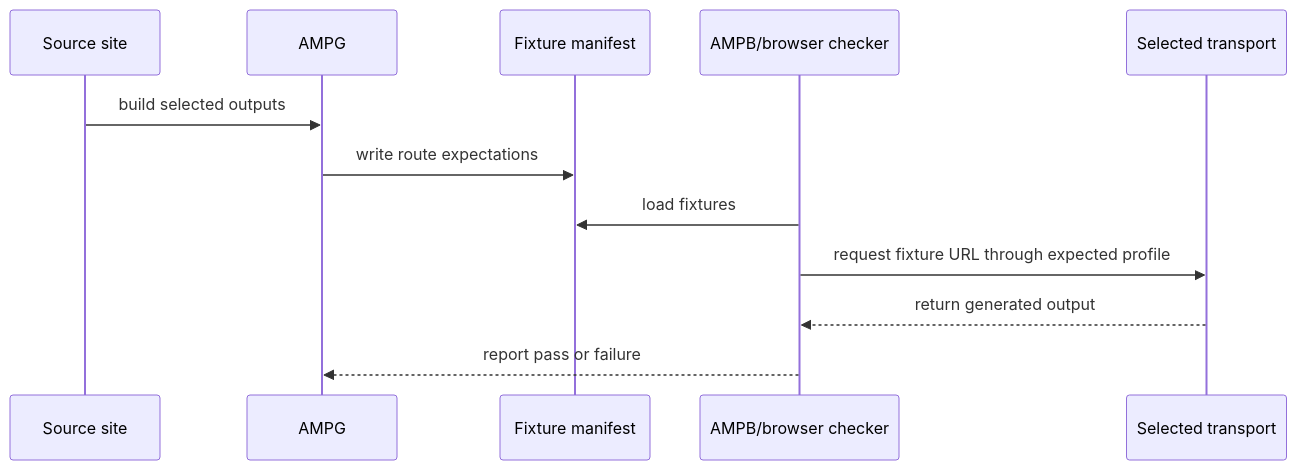
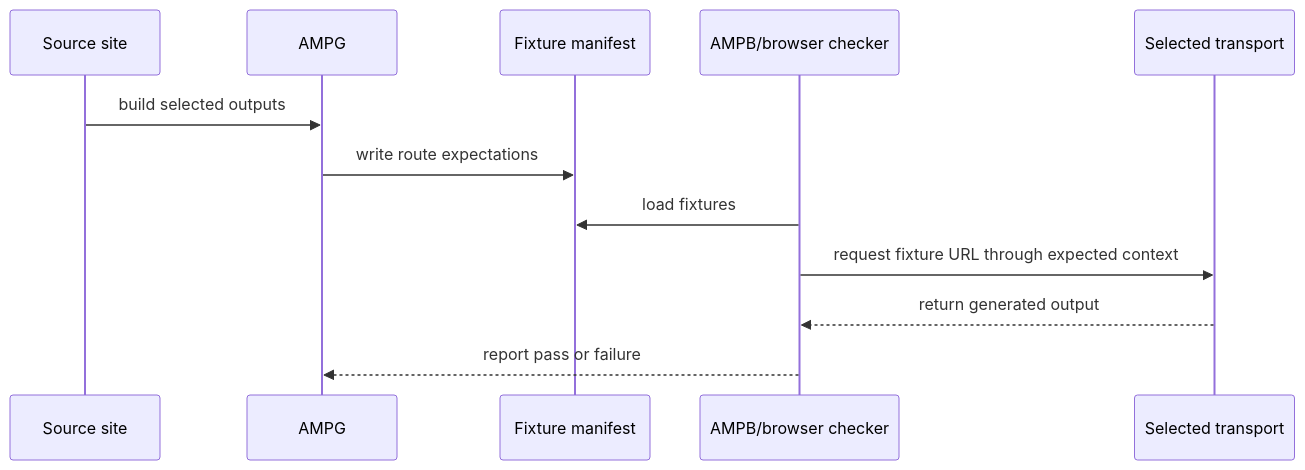
The eighth of 8 diagrams in docs/visual-guide.md (Such-Software/adaptive-multi-protocol-gateway), drawn with Mermaid before and after one commit. The commit also changed 7 other files, not shown here.

Commit message:
Version browser context fixture contract

````diff
--- a/docs/visual-guide.md
+++ b/docs/visual-guide.md
@@ -182,15 +182,15 @@
 ```mermaid
 sequenceDiagram
   participant Site as Source site
   participant AMPG as AMPG
   participant Manifest as Fixture manifest
   participant AMPB as AMPB/browser checker
   participant Transport as Selected transport
 
   Site->>AMPG: build selected outputs
   AMPG->>Manifest: write route expectations
   AMPB->>Manifest: load fixtures
-  AMPB->>Transport: request fixture URL through expected profile
+  AMPB->>Transport: request fixture URL through expected context
   Transport-->>AMPB: return generated output
   AMPB-->>AMPG: report pass or failure
 ```
````
